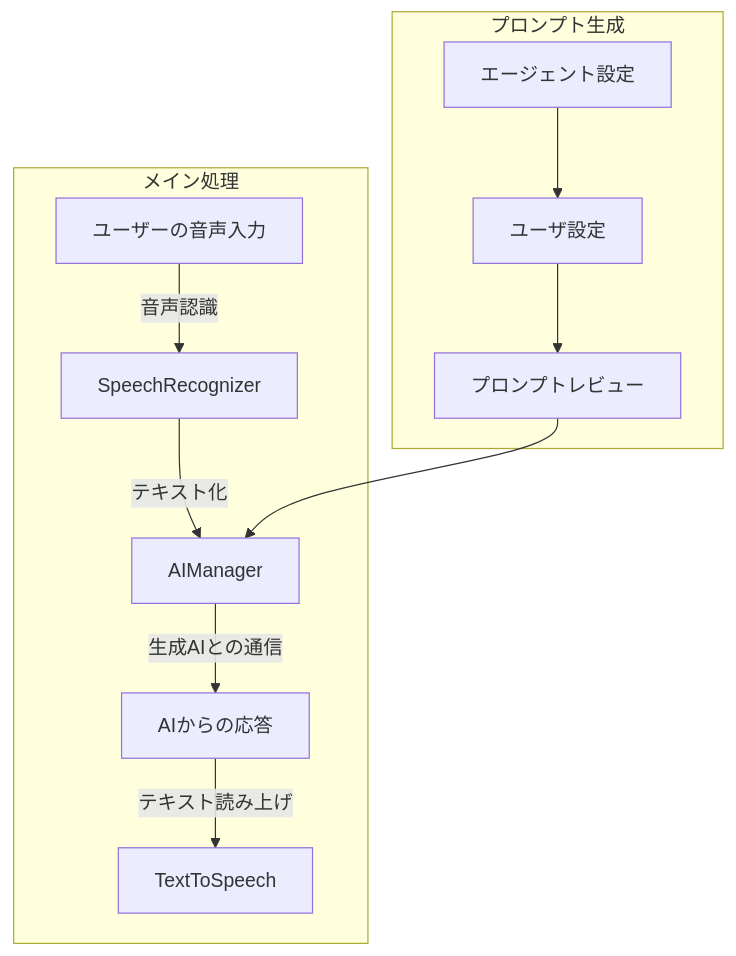
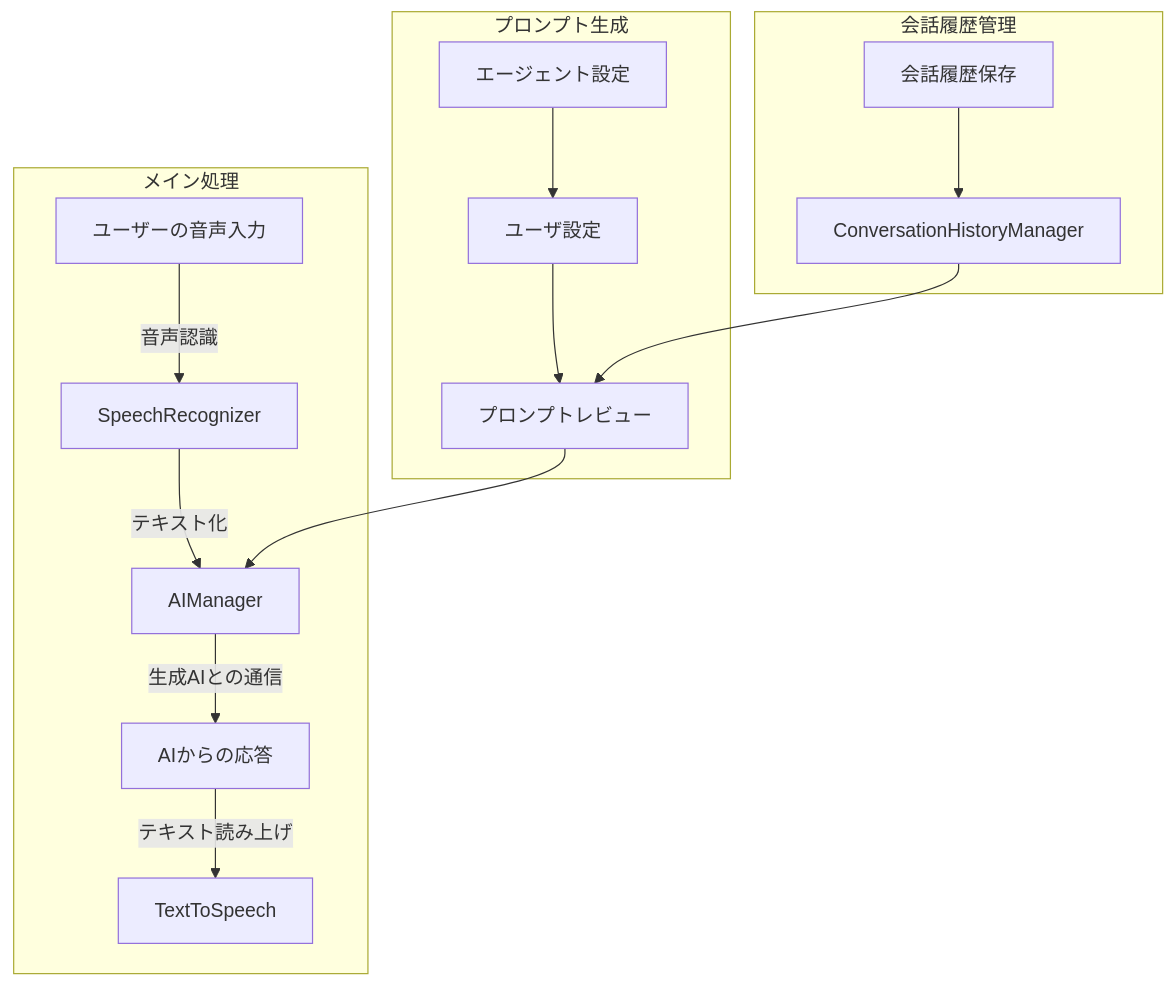
The diagram in README.md (kinoshita-neec/ANDOROID-VOICE-APP-0.1.2), drawn with Mermaid before and after one commit. The commit also changed other lines of this file, not shown here.

````diff
--- a/README.md
+++ b/README.md
@@ -81,14 +83,18 @@
 ```mermaid
 flowchart TD
     subgraph メイン処理
         A[ユーザーの音声入力] -->|音声認識| B[SpeechRecognizer]
         B -->|テキスト化| C[AIManager]
         C -->|生成AIとの通信| D[AIからの応答]
         D -->|テキスト読み上げ| E[TextToSpeech];
     end
     subgraph プロンプト生成
         F[エージェント設定] --> G[ユーザ設定]
         G --> H[プロンプトレビュー]
         H --> C
     end
+    subgraph 会話履歴管理
+        I[会話履歴保存] --> J[ConversationHistoryManager]
+        J --> H
+    end
 ```
````
